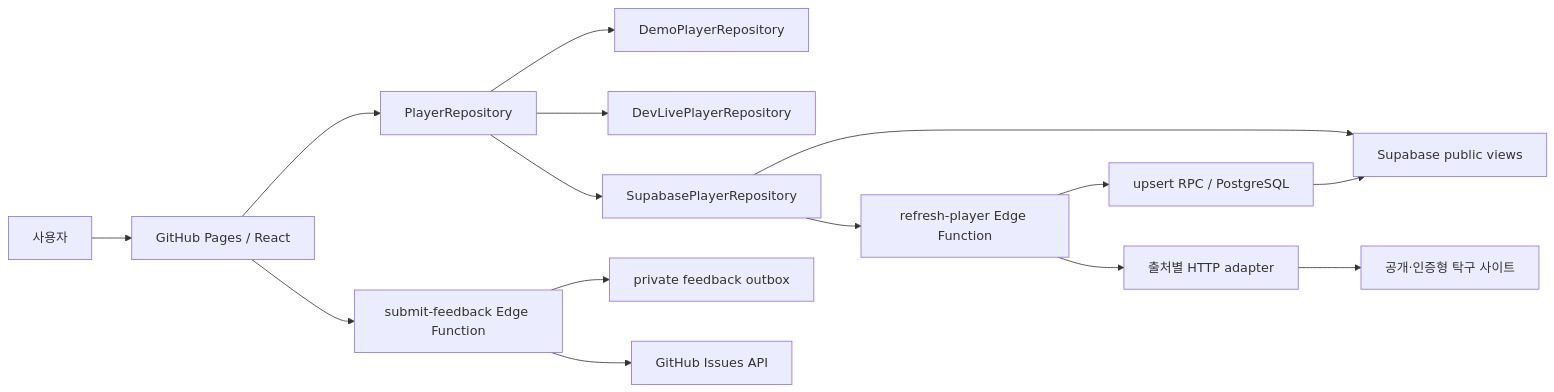
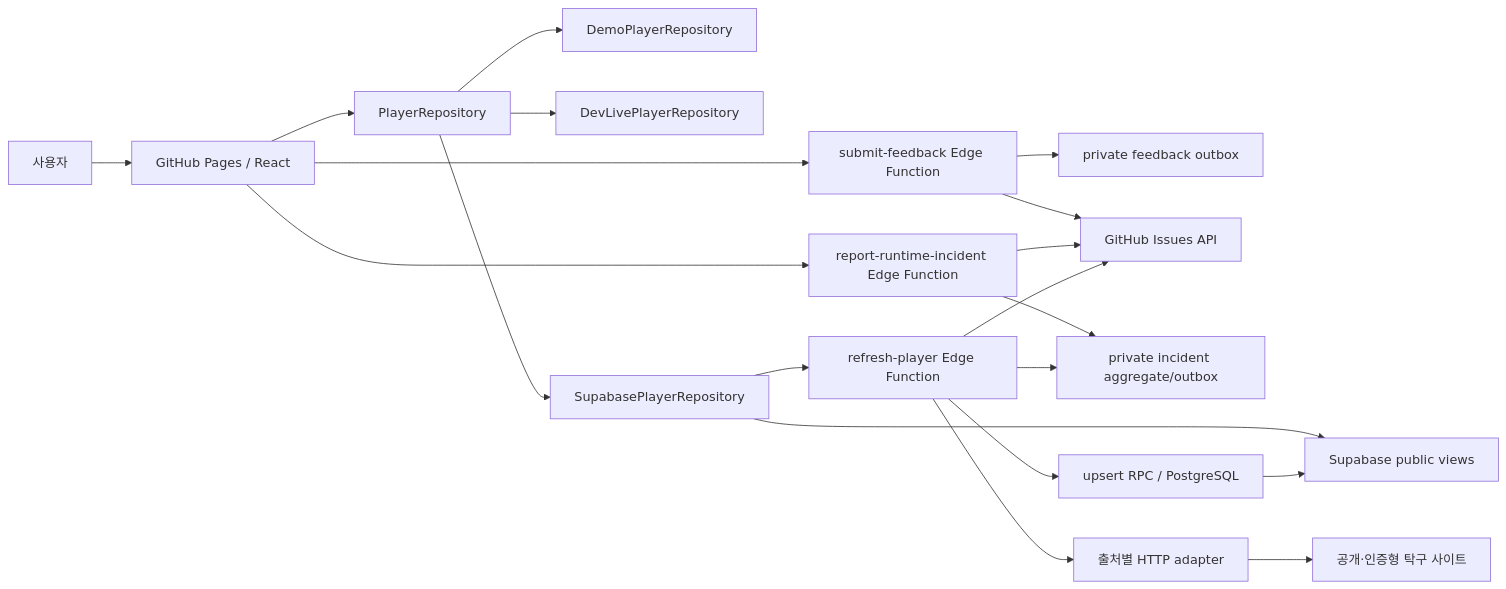
The diagram in docs/architecture.md (iamdenny/pingpong-busu), drawn with Mermaid before and after one commit. The commit also changed other lines of this file and 30 other files, not shown here.

````diff
--- a/docs/architecture.md
+++ b/docs/architecture.md
@@ -17,17 +17,22 @@
 ```mermaid
 flowchart LR
   U["사용자"] --> W["GitHub Pages / React"]
   W --> R["PlayerRepository"]
   R --> D["DemoPlayerRepository"]
   R --> L["DevLivePlayerRepository"]
   R --> S["SupabasePlayerRepository"]
   S --> V["Supabase public views"]
   S --> E["refresh-player Edge Function"]
   W --> F["submit-feedback Edge Function"]
   F --> O["private feedback outbox"]
   F --> G["GitHub Issues API"]
+  W --> I["report-runtime-incident Edge Function"]
+  I --> Q["private incident aggregate/outbox"]
+  I --> G
+  E --> Q
+  E --> G
   E --> A["출처별 HTTP adapter"]
   A --> X["공개·인증형 탁구 사이트"]
   E --> P["upsert RPC / PostgreSQL"]
   P --> V
 ```
````
